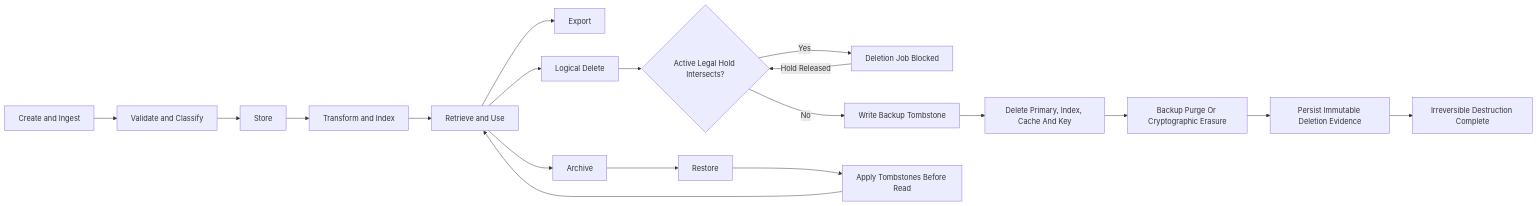
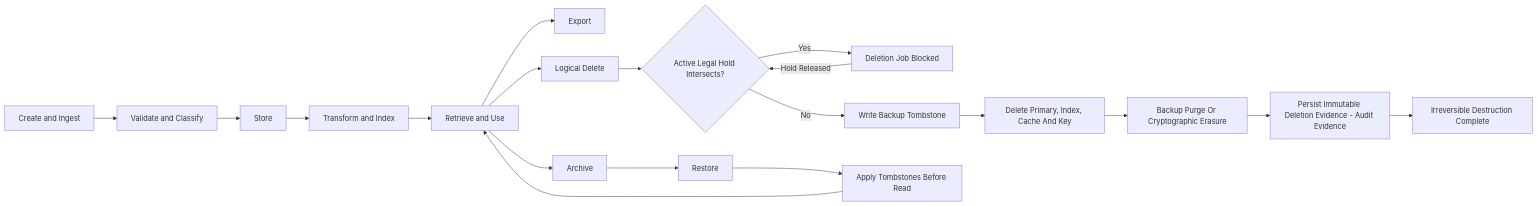
Before and after one commit to keny369/videt.ai: the diagram in diagrams/DATA_LIFECYCLE.md, drawn with Mermaid. The commit also changed 28 other files, not shown here.

````diff
--- a/diagrams/DATA_LIFECYCLE.md
+++ b/diagrams/DATA_LIFECYCLE.md
@@ -21,21 +21,21 @@
 ```mermaid
 flowchart LR
     CREATE[Create and Ingest] --> VALIDATE[Validate and Classify]
     VALIDATE --> STORE[Store]
     STORE --> TRANSFORM[Transform and Index]
     TRANSFORM --> RETRIEVE[Retrieve and Use]
     RETRIEVE --> EXPORT[Export]
     RETRIEVE --> ARCHIVE[Archive]
     RETRIEVE --> LOGDEL[Logical Delete]
     LOGDEL --> HOLD{Active Legal Hold Intersects?}
     HOLD -->|Yes| BLOCKED[Deletion Job Blocked]
     BLOCKED -->|Hold Released| HOLD
     HOLD -->|No| TOMBSTONE[Write Backup Tombstone]
     TOMBSTONE --> PHYSDEL[Delete Primary, Index, Cache And Key]
     PHYSDEL --> BACKUPPURGE[Backup Purge Or Cryptographic Erasure]
-    BACKUPPURGE --> EVIDENCE[Persist Immutable Deletion Evidence]
-    EVIDENCE --> DESTROY[Irreversible Destruction Complete]
+    BACKUPPURGE --> DELETION_AUDIT[Persist Immutable Deletion Evidence - Audit Evidence]
+    DELETION_AUDIT --> DESTROY[Irreversible Destruction Complete]
     ARCHIVE --> RESTORE[Restore]
     RESTORE --> RESTOREGUARD[Apply Tombstones Before Read]
     RESTOREGUARD --> RETRIEVE
 ```
````
